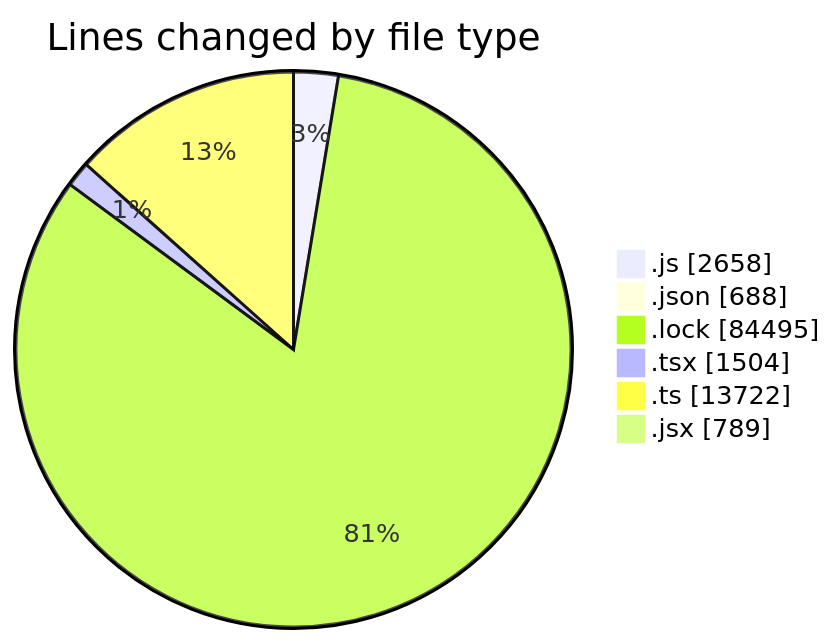
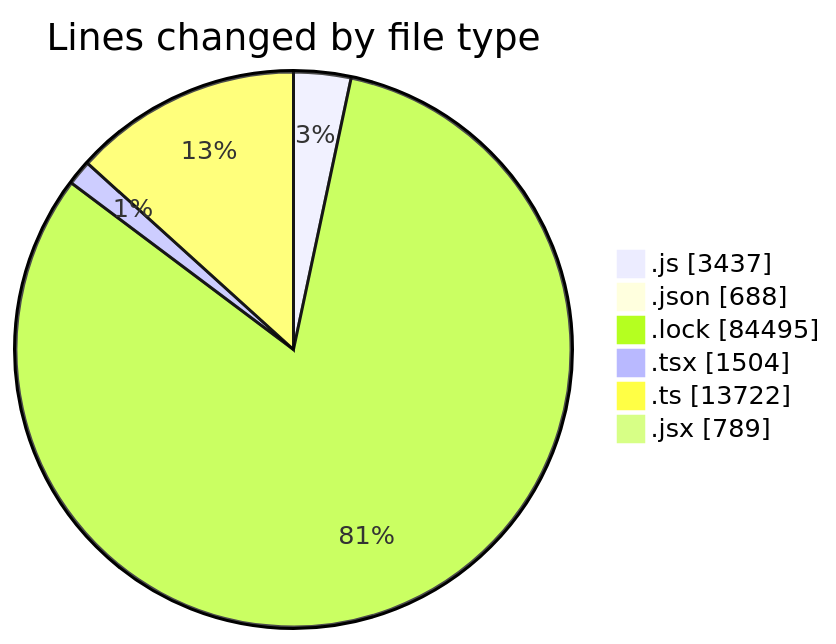
Before and after one commit to momahboobian/code-tracking: the first of 2 diagrams in 2025-12-18/cda/README.md, drawn with Mermaid. The commit also changed other lines of this file and 1 other file, not shown here.

````diff
--- a/2025-12-18/cda/README.md
+++ b/2025-12-18/cda/README.md
@@ -75,10 +80,10 @@
 ```mermaid
 pie showData
 title Lines changed by file type
-".js" : 2658
+".js" : 3437
 ".json" : 688
 ".lock" : 84495
 ".tsx" : 1504
 ".ts" : 13722
 ".jsx" : 789
 ```
````
